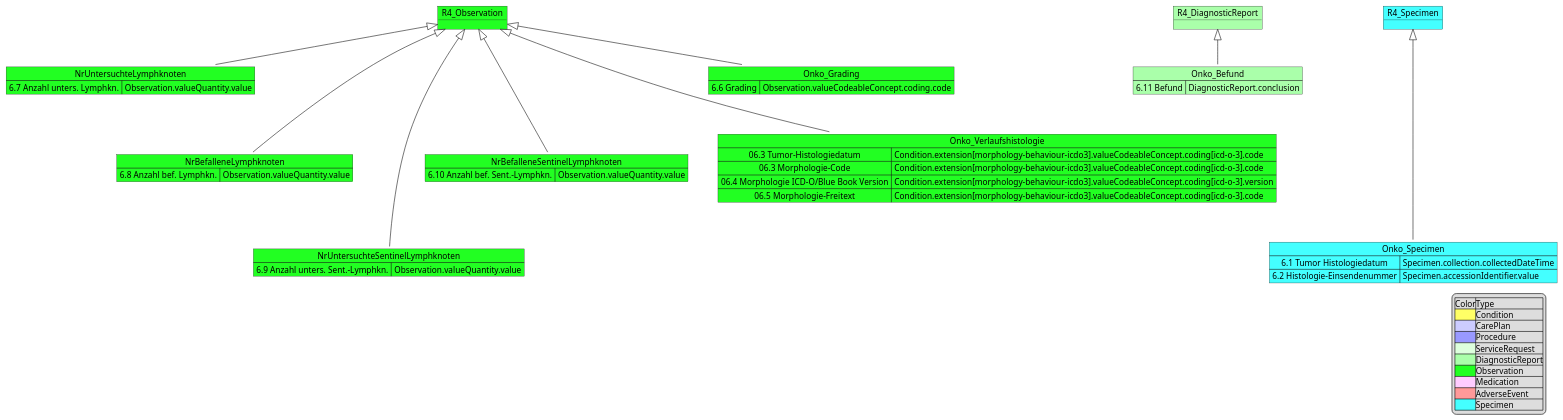
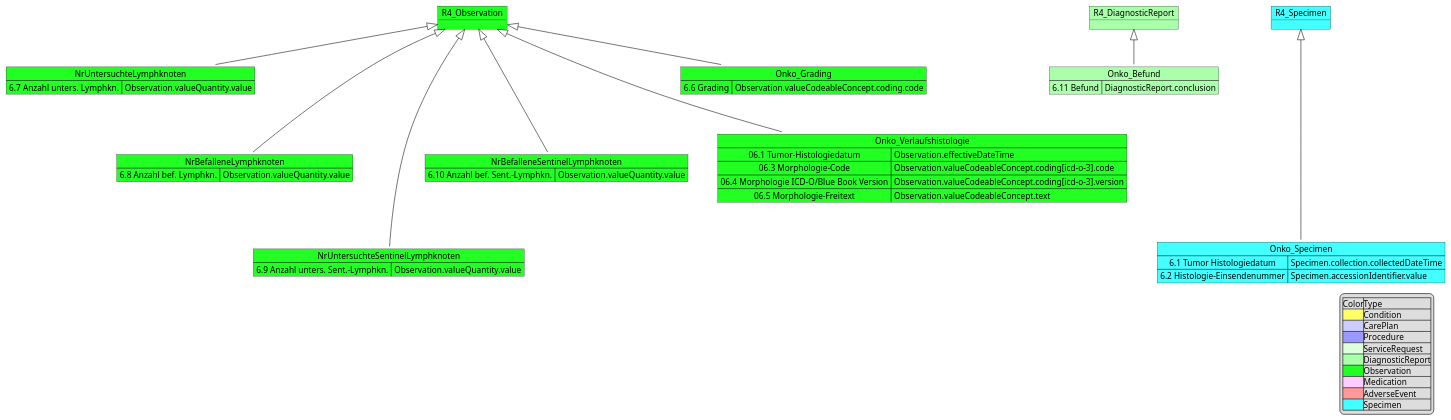
The diagram in input/images-source/MII_Onko_06_Histologie.pu (medizininformatik-initiative/kerndatensatzmodul-onkologie), drawn with PlantUML before and after one commit. The commit also changed 18 other files, not shown here.

```diff
--- a/input/images-source/MII_Onko_06_Histologie.pu
+++ b/input/images-source/MII_Onko_06_Histologie.pu
@@ -1,74 +1,77 @@
 @startuml MII_Onko_06_Histologie
 
 object R4_Observation #22FF22
 
 Map  NrUntersuchteLymphknoten #22FF22 {
     6.7 Anzahl unters. Lymphkn. => Observation.valueQuantity.value
 }
 
 R4_Observation <|-down- NrUntersuchteLymphknoten
 
 Map NrBefalleneLymphknoten #22FF22 {
 6.8 Anzahl bef. Lymphkn. => Observation.valueQuantity.value
 }
 R4_Observation <|-down-- NrBefalleneLymphknoten
 
 
 Map NrUntersuchteSentinelLymphknoten  #22FF22{
 6.9 Anzahl unters. Sent.-Lymphkn. => Observation.valueQuantity.value
 }
 
 R4_Observation <|-down--- NrUntersuchteSentinelLymphknoten
 
 Map NrBefalleneSentinelLymphknoten  #22FF22{
 6.10 Anzahl bef. Sent.-Lymphkn. => Observation.valueQuantity.value
 }
 R4_Observation <|-down-- NrBefalleneSentinelLymphknoten
 
 Map Onko_Verlaufshistologie #22FF22 {
-    06.3 Tumor-Histologiedatum=> Condition.extension[morphology-behaviour-icdo3].valueCodeableConcept.coding[icd-o-3].code
-    06.3 Morphologie-Code => Condition.extension[morphology-behaviour-icdo3].valueCodeableConcept.coding[icd-o-3].code
-    06.4 Morphologie ICD-O/Blue Book Version => Condition.extension[morphology-behaviour-icdo3].valueCodeableConcept.coding[icd-o-3].version
-    06.5 Morphologie-Freitext => Condition.extension[morphology-behaviour-icdo3].valueCodeableConcept.coding[icd-o-3].code
+    06.1 Tumor-Histologiedatum=> Observation.effectiveDateTime
+    06.3 Morphologie-Code => Observation.valueCodeableConcept.coding[icd-o-3].code
+    06.4 Morphologie ICD-O/Blue Book Version => Observation.valueCodeableConcept.coding[icd-o-3].version
+    06.5 Morphologie-Freitext => Observation.valueCodeableConcept.text
 }
+
 
 R4_Observation <|-down-- Onko_Verlaufshistologie
 
 
 Map Onko_Grading #22FF22 {
 6.6 Grading =>Observation.valueCodeableConcept.coding.code
 }
+
+
 R4_Observation <|-- Onko_Grading
 
 Map Onko_Befund #AAFFAA{
 6.11 Befund => DiagnosticReport.conclusion
 }
 
  
 object R4_DiagnosticReport #AAFFAA
 R4_DiagnosticReport <|-- Onko_Befund 
 
 Map Onko_Specimen #44FFFF {
 6.1 Tumor Histologiedatum => Specimen.collection.collectedDateTime
 6.2 Histologie-Einsendenummer => Specimen.accessionIdentifier.value
 }
 
 object R4_Specimen #44FFFF
 R4_Specimen <|---- Onko_Specimen
 
 legend right 
 |Color|Type|
 |<#FFFF66>|Condition|
 |<#CCCCFF>|CarePlan|
 |<#9999FF>|Procedure|
 |<#DDFFDD>|ServiceRequest|
 |<#AAFFAA>|DiagnosticReport|
 |<#22FF22>|Observation|
 |<#FFCCFF>|Medication|
 |<#FF9999>|AdverseEvent|
 |<#44FFFF>|Specimen|
 endlegend
 
 
 
 @enduml
```
